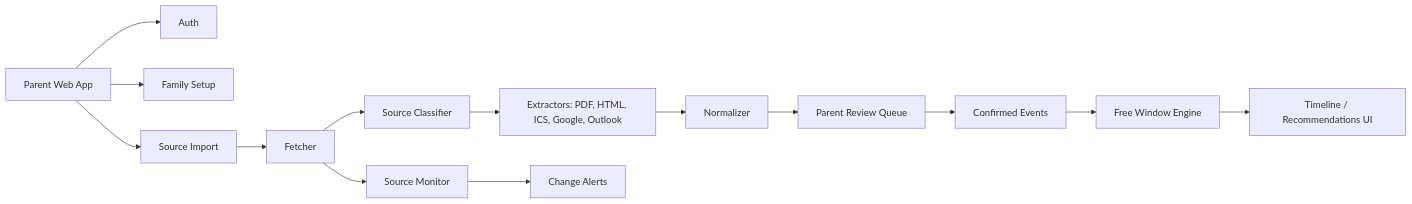
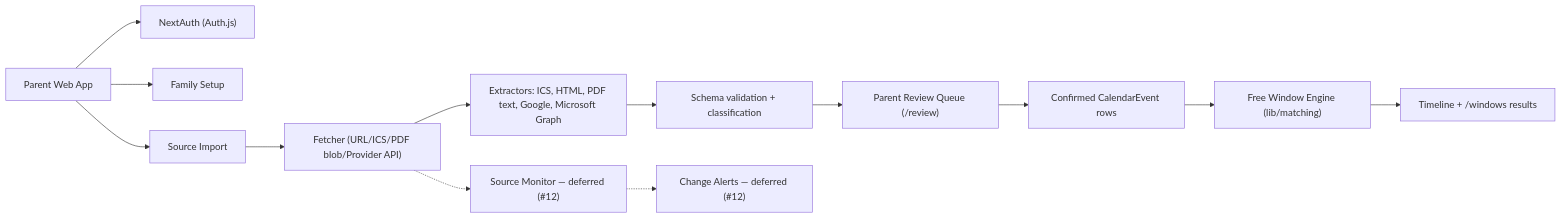
The diagram in docs/ARCHITECTURE.md (igortsives/togetherly), drawn with Mermaid before and after one commit. The commit also changed other lines of this file and 8 other files, not shown here.

````diff
--- a/docs/ARCHITECTURE.md
+++ b/docs/ARCHITECTURE.md
@@ -21,16 +21,15 @@
 ```mermaid
 flowchart LR
-  User["Parent Web App"] --> Auth["Auth"]
+  User["Parent Web App"] --> Auth["NextAuth (Auth.js)"]
   User --> Family["Family Setup"]
   User --> Sources["Source Import"]
-  Sources --> Fetcher["Fetcher"]
-  Fetcher --> Classifier["Source Classifier"]
-  Classifier --> Extractors["Extractors: PDF, HTML, ICS, Google, Outlook"]
-  Extractors --> Normalizer["Normalizer"]
-  Normalizer --> Review["Parent Review Queue"]
-  Review --> Events["Confirmed Events"]
-  Events --> Matcher["Free Window Engine"]
-  Matcher --> UI["Timeline / Recommendations UI"]
-  Fetcher --> Monitor["Source Monitor"]
-  Monitor --> Alerts["Change Alerts"]
+  Sources --> Fetcher["Fetcher (URL/ICS/PDF blob/Provider API)"]
+  Fetcher --> Extractors["Extractors: ICS, HTML, PDF text, Google, Microsoft Graph"]
+  Extractors --> Normalizer["Schema validation + classification"]
+  Normalizer --> Review["Parent Review Queue (/review)"]
+  Review --> Events["Confirmed CalendarEvent rows"]
+  Events --> Matcher["Free Window Engine (lib/matching)"]
+  Matcher --> UI["Timeline + /windows results"]
+  Fetcher -.-> Monitor["Source Monitor — deferred (#12)"]
+  Monitor -.-> Alerts["Change Alerts — deferred (#12)"]
 ```
````
